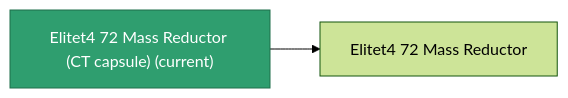
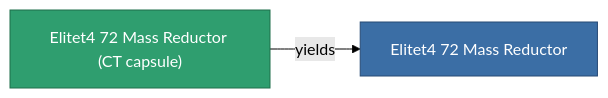
One commit to OpenPerpetuum/Wiki changed the diagram in content/content/items/elitet4_72_mass_reductor_CT_capsule.md. Above: the diagram before and after it, drawn with Mermaid (forest theme). The commit also changed other lines of this file and 2015 other files, not shown here.

````diff
--- a/content/content/items/elitet4_72_mass_reductor_CT_capsule.md
+++ b/content/content/items/elitet4_72_mass_reductor_CT_capsule.md
@@ -33,8 +33,9 @@
 ```mermaid
 graph LR
-    a["Elitet4 72 Mass Reductor (CT capsule) (current)"]:::current
-    b["Elitet4 72 Mass Reductor"]
-    a --> b
-    click b "/content/items/elitet4-72-mass-reductor/" "Elitet4 72 Mass Reductor"
+    a["Elitet4 72 Mass Reductor (CT capsule)"]:::current
+    b["Elitet4 72 Mass Reductor"]:::finished
+    a -->|yields| b
+                click b "/content/items/elitet4-72-mass-reductor/" "Elitet4 72 Mass Reductor"
     classDef current fill:#2f9e6f,stroke:#1f6f4a,color:#ffffff
+    classDef finished fill:#3b6ea5,stroke:#274a75,color:#ffffff
 ```
````
